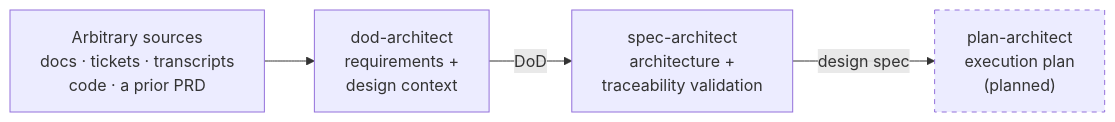
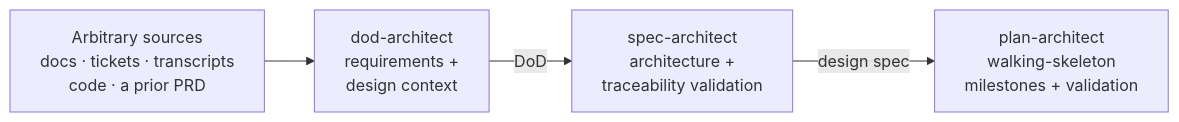
The diagram in README.md (XCODA-Consulting/xcoda-ai-marketplace), drawn with Mermaid before and after one commit. The commit also changed other lines of this file and 14 other files, not shown here.

First line of the commit message:
Add plan-architect plugin

````diff
--- a/README.md
+++ b/README.md
@@ -20,13 +21,11 @@
 ```mermaid
 flowchart LR
     S["Arbitrary sources<br/>docs · tickets · transcripts<br/>code · a prior PRD"]
     D["dod-architect<br/>requirements +<br/>design context"]
     A["spec-architect<br/>architecture +<br/>traceability validation"]
-    P["plan-architect<br/>execution plan<br/>(planned)"]
+    P["plan-architect<br/>walking-skeleton<br/>milestones + validation"]
 
     S --> D
     D -->|DoD| A
     A -->|design spec| P
-
-    style P stroke-dasharray: 5 5
 ```
````
